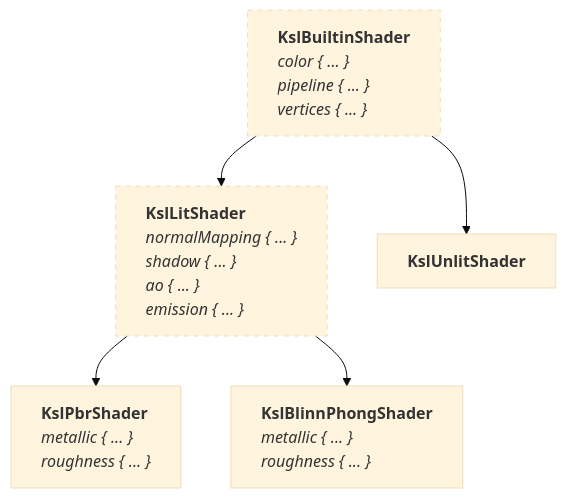
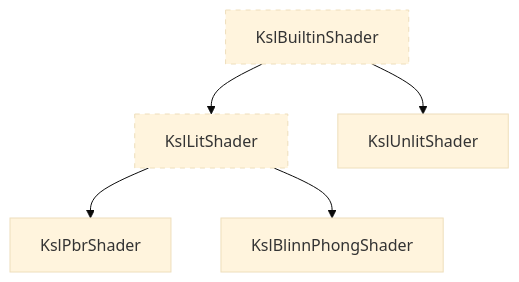
One commit to fabmax/fabmax.github.io changed the diagram in docs/shading.md. Above: the diagram before and after it, drawn with Mermaid (base theme). The commit also changed other lines of this file, not shown here.

Commit message:
layout fixes

````diff
--- a/docs/shading.md
+++ b/docs/shading.md
@@ -50,29 +25,12 @@
 ```mermaid
 graph TD
-    A["`**KslBuiltinShader**
-    *color { ... }*
-    *pipeline { ... }*
-    *vertices { ... }*
-    `"]
-    A --> B["`**KslLitShader**
-    *normalMapping { ... }*
-    *shadow { ... }*
-    *ao { ... }*
-    *emission { ... }*
-    `"]
-    A --> C["`**KslUnlitShader**`"]
+    A[KslBuiltinShader]
+    A --> B[KslLitShader]
+    A --> C[KslUnlitShader]
 
-    B --> D["`**KslPbrShader**
-    *metallic { ... }*
-    *roughness { ... }*
-    `"]
-    B --> E["`**KslBlinnPhongShader**
-    *metallic { ... }*
-    *roughness { ... }*
-    `"]
+    B --> D[KslPbrShader]
+    B --> E[KslBlinnPhongShader]
   
-    style A text-align: left, stroke-dasharray: 5 5
-    style B text-align: left, stroke-dasharray: 5 5
-    style D text-align: left
-    style E text-align: left
+    style A stroke-dasharray: 5 5
+    style B stroke-dasharray: 5 5
 ```
````
